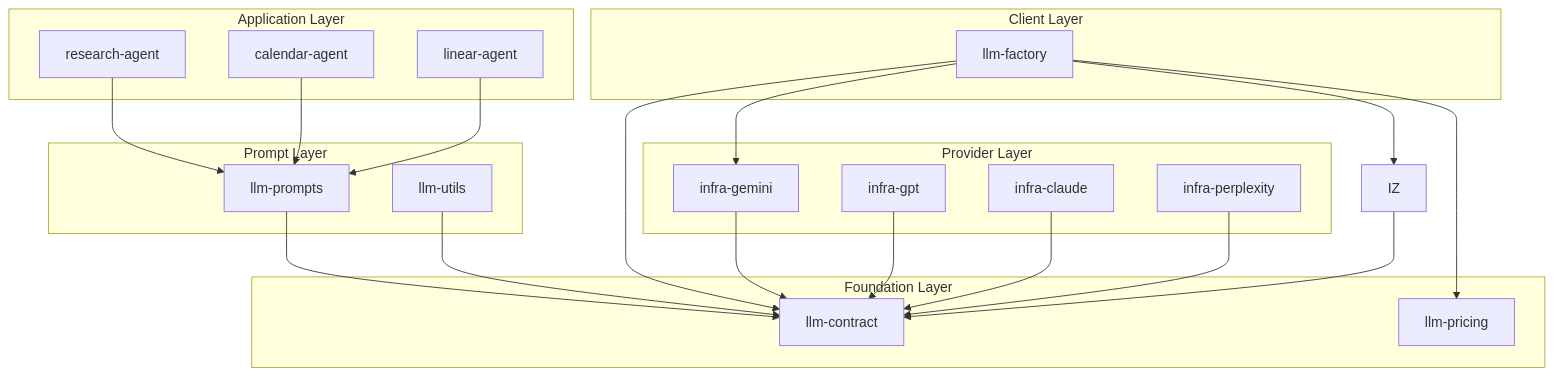
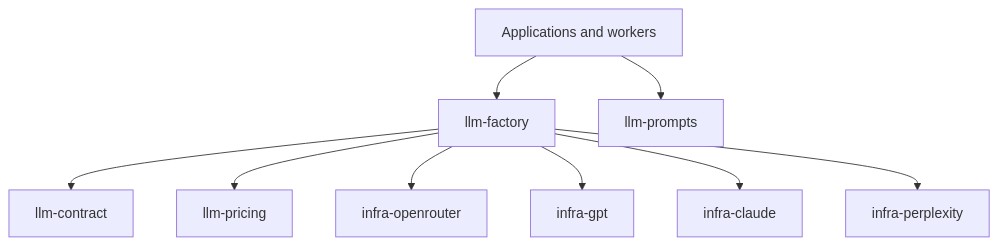
Before and after one commit to pbuchman/intexuraos: the diagram in docs/architecture/llm-packages.md, drawn with Mermaid. The commit also changed other lines of this file and 267 other files, not shown here.

````diff
--- a/docs/architecture/llm-packages.md
+++ b/docs/architecture/llm-packages.md
@@ -11,47 +7,11 @@
 ```mermaid
 graph TB
-    subgraph "Application Layer"
-        RA[research-agent]
-        CA[calendar-agent]
-        LA[linear-agent]
-    end
-
-    subgraph "Prompt Layer"
-        LP[llm-prompts]
-        LU[llm-utils]
-    end
-
-    subgraph "Client Layer"
-        LF[llm-factory]
-    end
-
-    subgraph "Provider Layer"
-        IG[infra-gemini]
-        IO[infra-gpt]
-        IC[infra-claude]
-        IP[infra-perplexity]
-    end
-
-    subgraph "Foundation Layer"
-        LC[llm-contract]
-        LPR[llm-pricing]
-    end
-
-    RA --> LP
-    CA --> LP
-    LA --> LP
-
-    LP --> LC
-    LU --> LC
-    LF --> LC
-    LF --> LPR
-
-    LF --> IG
-    LF --> IZ
-
-    IG --> LC
-    IO --> LC
-    IC --> LC
-    IP --> LC
-    IZ --> LC
+    A["Applications and workers"] --> F["llm-factory"]
+    A --> P["llm-prompts"]
+    F --> C["llm-contract"]
+    F --> R["llm-pricing"]
+    F --> O["infra-openrouter"]
+    F --> GPT["infra-gpt"]
+    F --> CL["infra-claude"]
+    F --> PX["infra-perplexity"]
 ```
````
